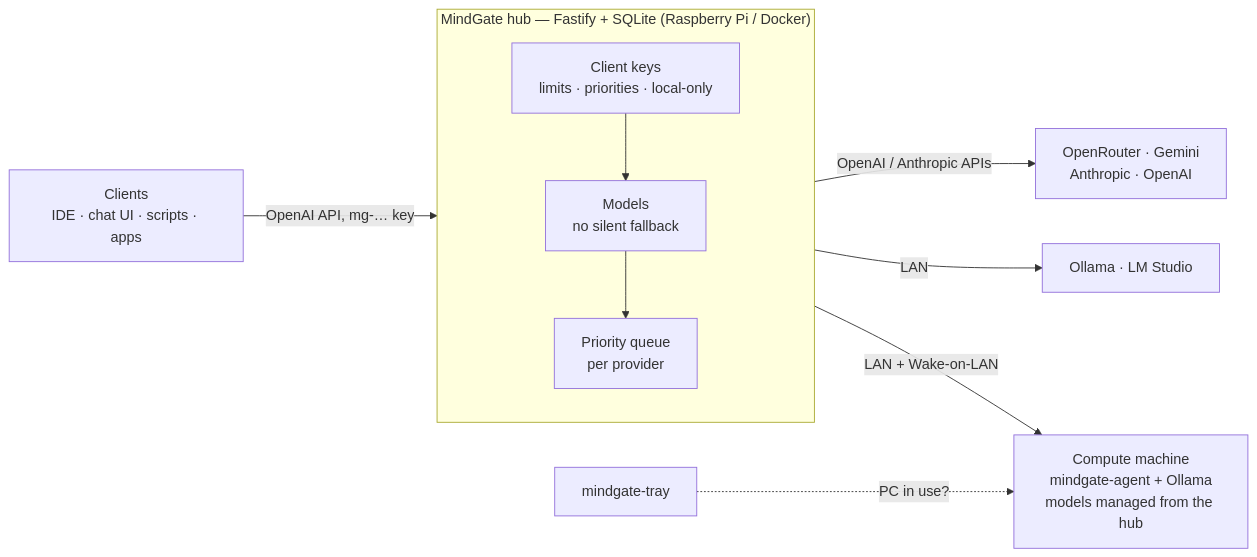
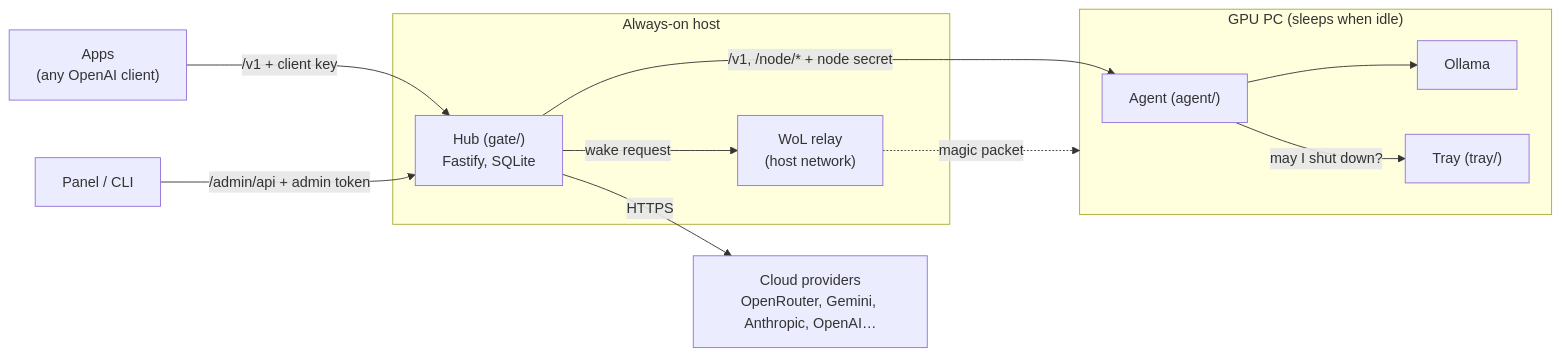
The diagram in README.md (prod-explore/mindgate), drawn with Mermaid before and after one commit. The commit also changed other lines of this file and 6 other files, not shown here.

````diff
--- a/README.md
+++ b/README.md
@@ -27,15 +141,17 @@
 ```mermaid
-graph LR
-    Client["Clients<br>IDE · chat UI · scripts · apps"] -->|"OpenAI API, mg-… key"| Hub
-
-    subgraph Hub["MindGate hub — Fastify + SQLite (Raspberry Pi / Docker)"]
-        direction TB
-        Auth["Client keys<br>limits · priorities · local-only"] --> Router["Models<br>no silent fallback"]
-        Router --> Queue["Priority queue<br>per provider"]
-    end
-
-    Queue -->|"OpenAI / Anthropic APIs"| Cloud["OpenRouter · Gemini<br>Anthropic · OpenAI"]
-    Queue -->|"LAN"| Ollama["Ollama · LM Studio"]
-    Queue -->|"LAN + Wake-on-LAN"| Node["Compute machine<br>mindgate-agent + Ollama<br>models managed from the hub"]
-    Tray["mindgate-tray"] -.->|"PC in use?"| Node
+flowchart LR
+  apps["Apps<br/>(any OpenAI client)"] -- "/v1 + client key" --> hub
+  you["Panel / CLI"] -- "/admin/api + admin token" --> hub
+  subgraph box ["Always-on host"]
+    hub["Hub (gate/)<br/>Fastify, SQLite"]
+    relay["WoL relay<br/>(host network)"]
+  end
+  hub -- HTTPS --> cloud["Cloud providers<br/>OpenRouter, Gemini, Anthropic, OpenAI…"]
+  hub -- "wake request" --> relay
+  relay -. "magic packet" .-> pc
+  subgraph pc ["GPU PC (sleeps when idle)"]
+    agent["Agent (agent/)"] --> ollama["Ollama"]
+    agent -- "may I shut down?" --> tray["Tray (tray/)"]
+  end
+  hub -- "/v1, /node/* + node secret" --> agent
 ```
````
